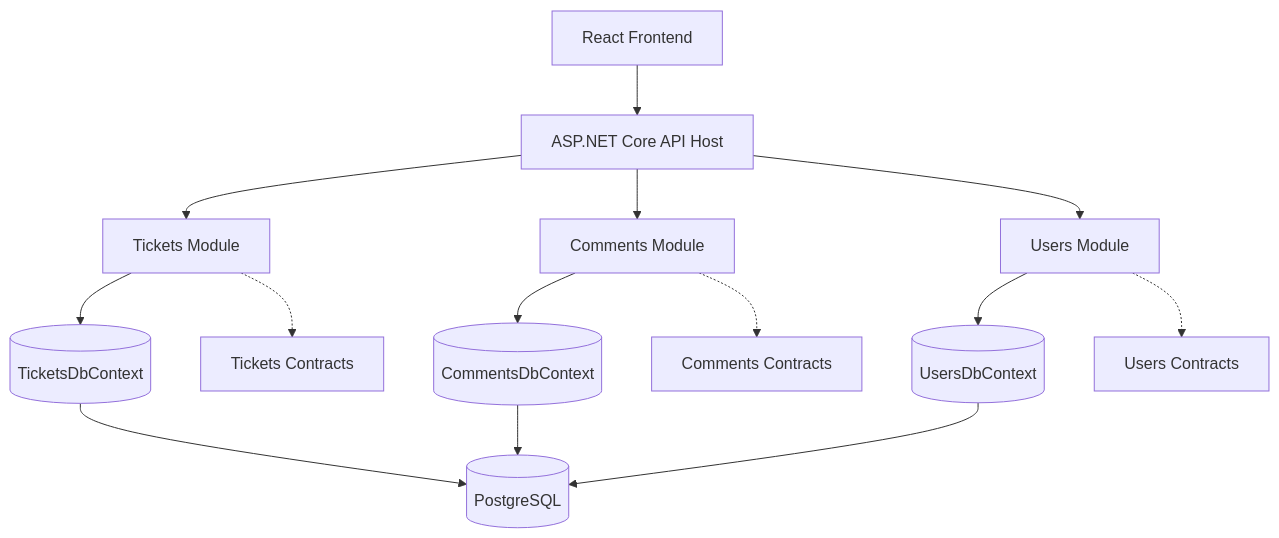
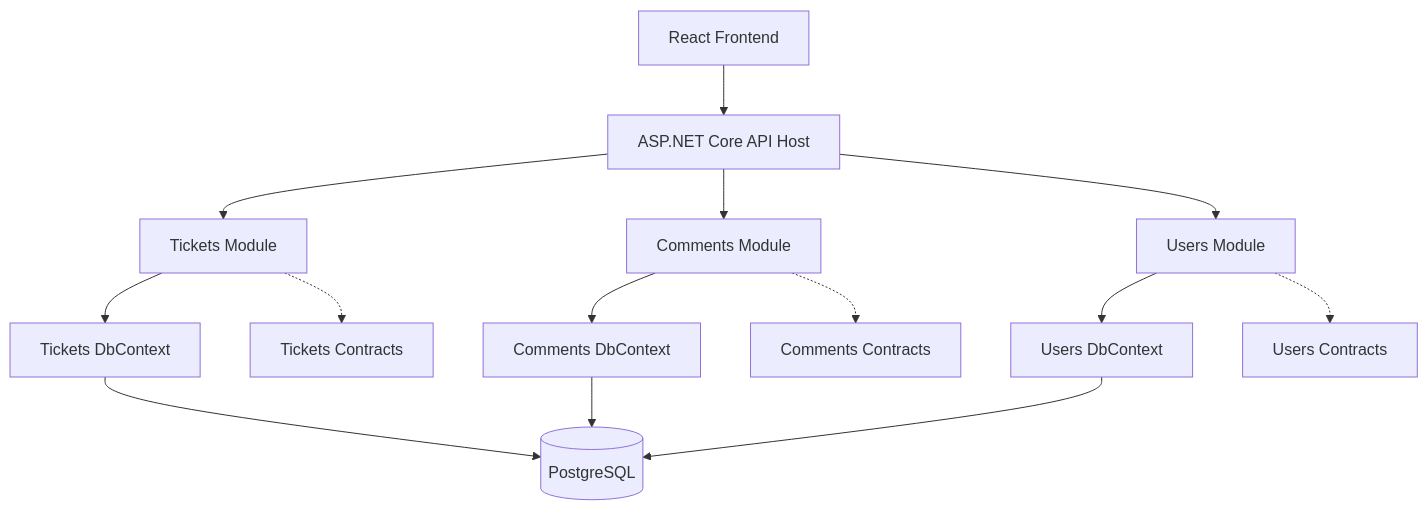
One commit to wubshet-kebede/nylos-helpdesk changed the diagram in README.md. Above: the diagram before and after it, drawn with Mermaid. The commit also changed other lines of this file, not shown here.

````diff
--- a/README.md
+++ b/README.md
@@ -163,20 +163,20 @@
 ```mermaid
 flowchart TD
-    UI[React Frontend] --> API[ASP.NET Core API Host]
+    UI["React Frontend"] --> API["ASP.NET Core API Host"]
 
-    API --> T[Tickets Module]
-    API --> C[Comments Module]
-    API --> U[Users Module]
+    API --> T["Tickets Module"]
+    API --> C["Comments Module"]
+    API --> U["Users Module"]
 
-    T --> TD[(TicketsDbContext)]
-    C --> CD[(CommentsDbContext)]
-    U --> UD[(UsersDbContext)]
+    T --> TD["Tickets DbContext"]
+    C --> CD["Comments DbContext"]
+    U --> UD["Users DbContext"]
 
-    TD --> DB[(PostgreSQL)]
+    TD --> DB[("PostgreSQL")]
     CD --> DB
     UD --> DB
 
-    T -.-> TC[Tickets Contracts]
-    C -.-> CC[Comments Contracts]
-    U -.-> UC[Users Contracts]
+    T -.-> TC["Tickets Contracts"]
+    C -.-> CC["Comments Contracts"]
+    U -.-> UC["Users Contracts"]
 ```
````
